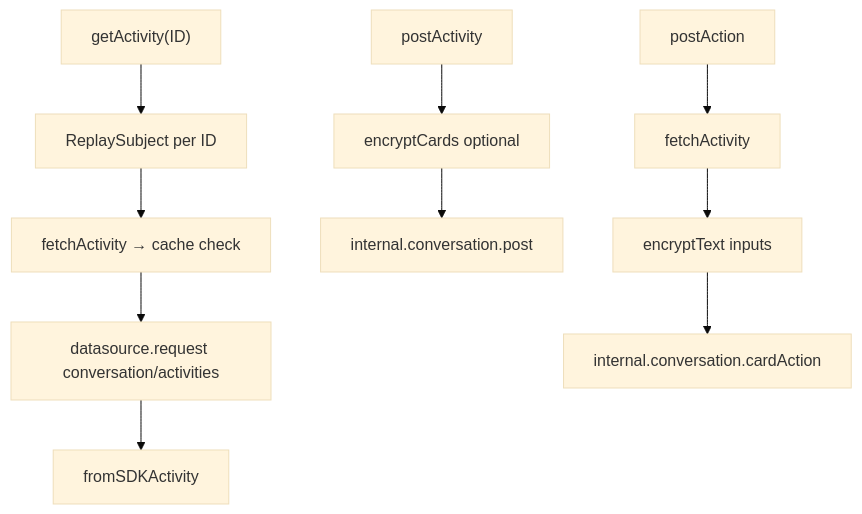
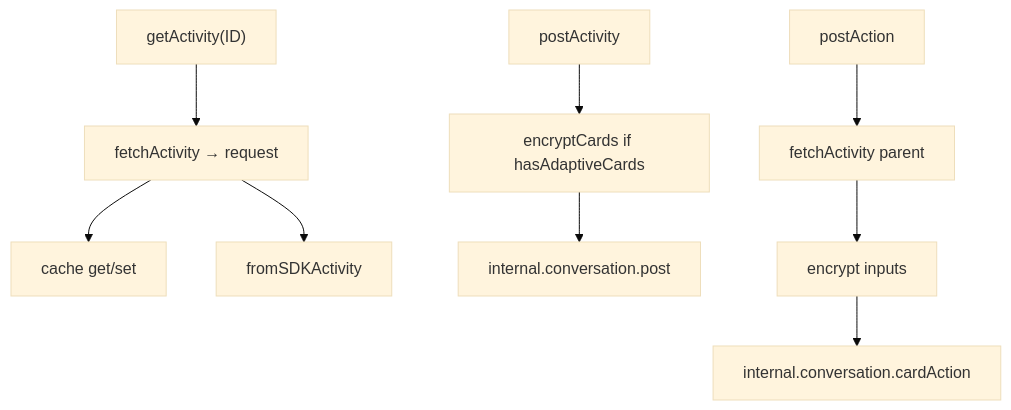
One commit to webex/sdk-component-adapter changed the first of 5 diagrams in src/ai-docs/activities-sdk-adapter-spec.md. Above: the diagram before and after it, drawn with Mermaid (base theme). The commit also changed other lines of this file and 13 other files, not shown here.

````diff
--- a/src/ai-docs/activities-sdk-adapter-spec.md
+++ b/src/ai-docs/activities-sdk-adapter-spec.md
@@ -108,12 +103,11 @@
 ```mermaid
 flowchart TD
-  getActivity["getActivity(ID)"] --> RS["ReplaySubject per ID"]
-  RS --> fetch["fetchActivity → cache check"]
-  fetch --> req["datasource.request conversation/activities"]
-  req --> map["fromSDKActivity"]
-  postActivity["postActivity"] --> encrypt["encryptCards optional"]
-  encrypt --> convPost["internal.conversation.post"]
-  postAction["postAction"] --> fetchParent["fetchActivity"]
-  fetchParent --> encInputs["encryptText inputs"]
-  encInputs --> cardAction["internal.conversation.cardAction"]
+  get["getActivity(ID)"] --> fetch["fetchActivity → request"]
+  fetch --> cache["cache get/set"]
+  fetch --> map["fromSDKActivity"]
+  post["postActivity"] --> enc["encryptCards if hasAdaptiveCards"]
+  enc --> convPost["internal.conversation.post"]
+  action["postAction"] --> parent["fetchActivity parent"]
+  parent --> encIn["encrypt inputs"]
+  encIn --> cardAction["internal.conversation.cardAction"]
 ```
````
